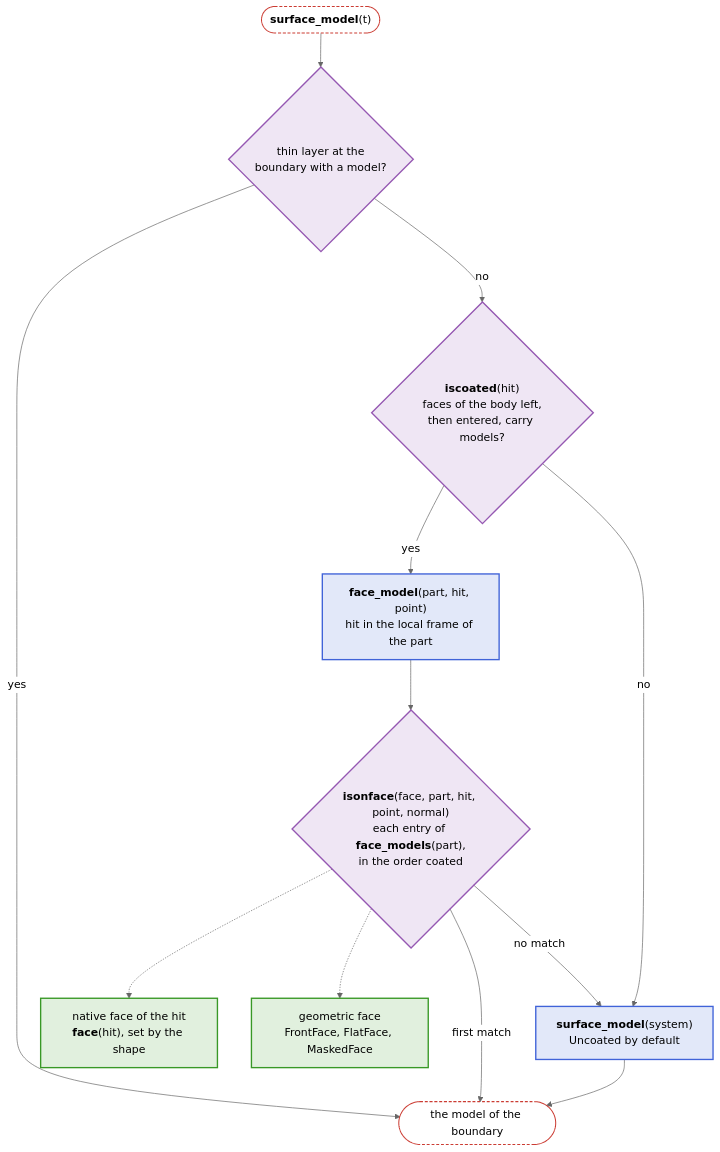
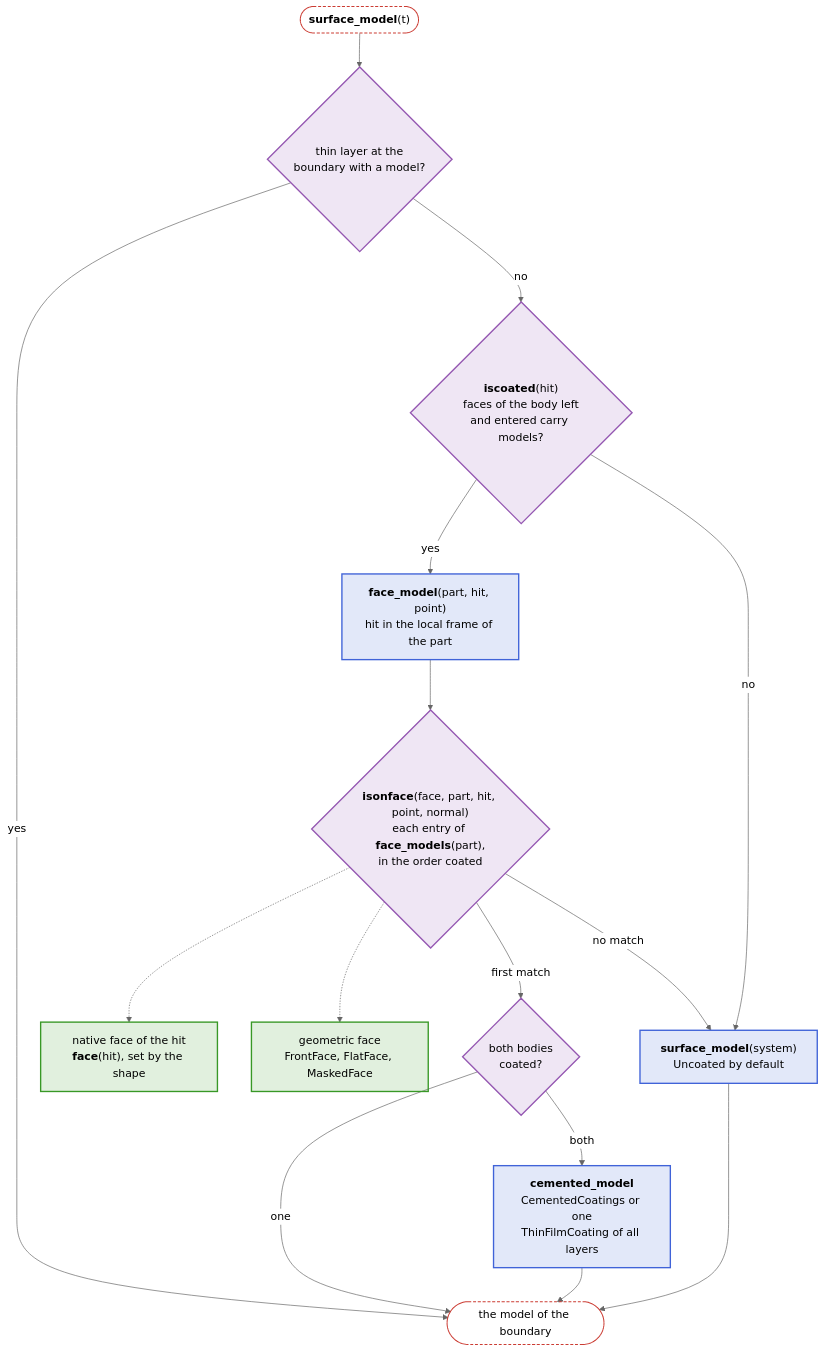
One commit to JuliaPhysics/BeamletOptics.jl changed the fifth of 10 diagrams in docs/src/api/core.md. Above: the diagram before and after it, drawn with Mermaid (neutral theme). The commit also changed other lines of this file and 4 other files, not shown here.

First line of the commit message:
Review fix F3: the coatings of two cemented faces act together

````diff
--- a/docs/src/api/core.md
+++ b/docs/src/api/core.md
@@ -277,31 +277,33 @@
 ```mermaid
 flowchart TB
     T(["<b>surface_model</b>(t)"])
     L{"thin layer at the<br/>boundary with a model?"}
-    C{"<b>iscoated</b>(hit)<br/>faces of the body left,<br/>then entered, carry models?"}
+    C{"<b>iscoated</b>(hit)<br/>faces of the body left<br/>and entered carry models?"}
     F["<b>face_model</b>(part, hit, point)<br/>hit in the local frame of the part"]
     O{"<b>isonface</b>(face, part, hit, point, normal)<br/>each entry of <b>face_models</b>(part),<br/>in the order coated"}
     N["native face of the hit<br/><b>face</b>(hit), set by the shape"]
     G["geometric face<br/>FrontFace, FlatFace, MaskedFace"]
     S["<b>surface_model</b>(system)<br/>Uncoated by default"]
     M(["the model of the boundary"])
 
     T --> L
     L -- yes --> M
     L -- no --> C
     C -- yes --> F --> O
     O -.-> N
     O -.-> G
-    O -- "first match" --> M
+    O -- "first match" --> P{"both bodies<br/>coated?"}
+    P -- "one" --> M
+    P -- "both" --> CC["<b>cemented_model</b><br/>CementedCoatings or one<br/>ThinFilmCoating of all layers"] --> M
     O -- "no match" --> S
     C -- no --> S --> M
 
     classDef blue fill:#4063D826,stroke:#4063D8,stroke-width:2px
     classDef green fill:#38982626,stroke:#389826,stroke-width:2px
     classDef purple fill:#9558B226,stroke:#9558B2,stroke-width:2px
     classDef terminal fill:transparent,stroke:#CB3C33,stroke-width:1.5px,stroke-dasharray:4 3
-    class F,S blue
+    class F,S,CC blue
     class N,G green
-    class L,C,O purple
+    class L,C,O,P purple
     class T,M terminal
 ```
````
